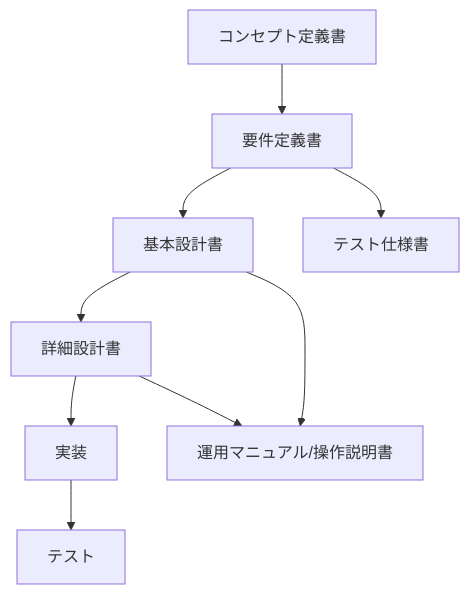
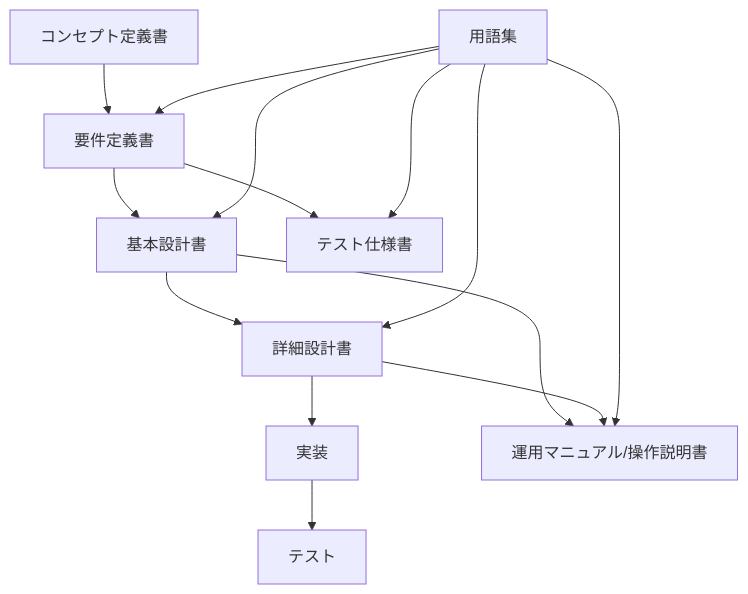
Before and after one commit to mahitotsu/tas9s10ream: the diagram in docs/rules/DOCUMENTATION_RULES.md, drawn with Mermaid. The commit also changed other lines of this file and 2 other files, not shown here.

````diff
--- a/docs/rules/DOCUMENTATION_RULES.md
+++ b/docs/rules/DOCUMENTATION_RULES.md
@@ -159,11 +168,16 @@
 ```mermaid
 graph TD
     A[コンセプト定義書] --> B[要件定義書];
+    I[用語集] --> B;
     B --> C[基本設計書];
     B --> G[テスト仕様書];
     C --> D[詳細設計書];
     D --> E[実装];
     E --> F[テスト];
     C --> H[運用マニュアル/操作説明書];
     D --> H;
+    I --> C;
+    I --> D;
+    I --> G;
+    I --> H;
 ```
````
